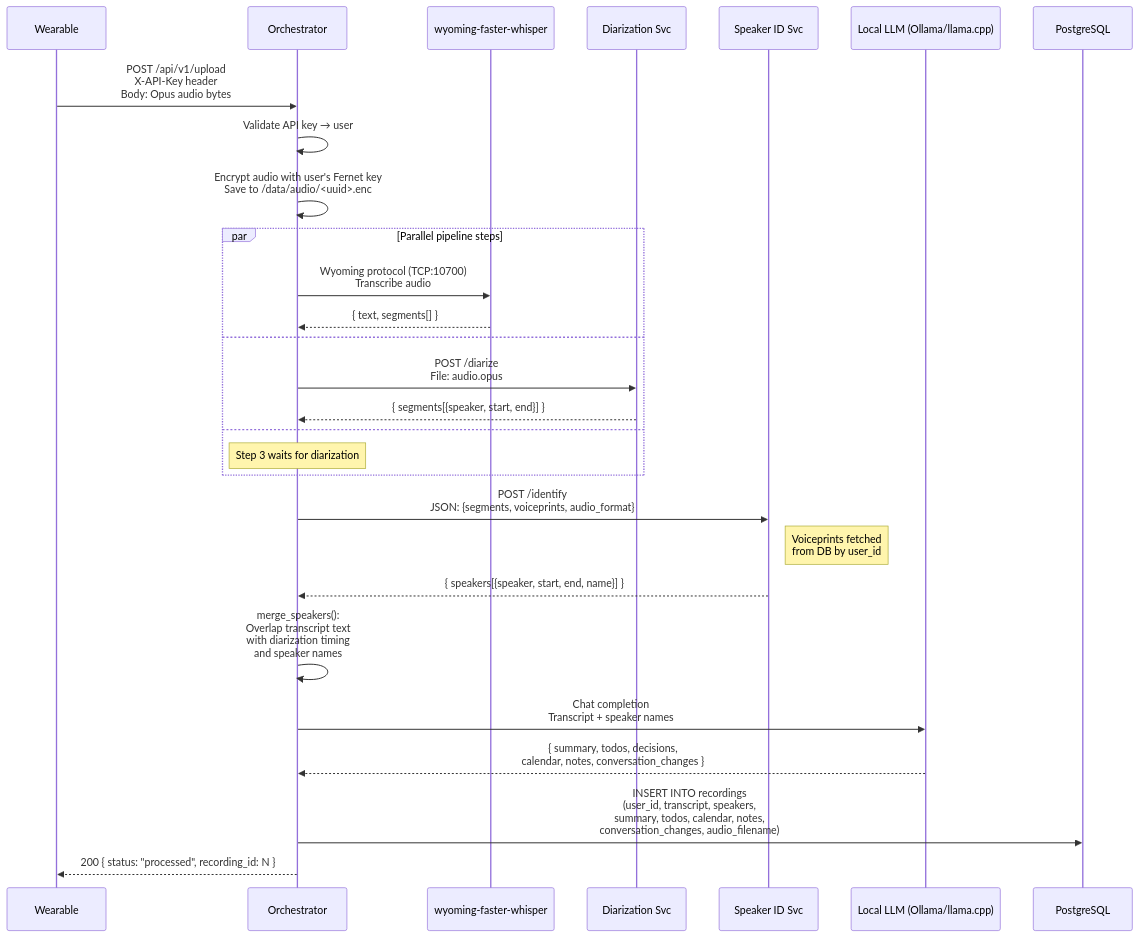
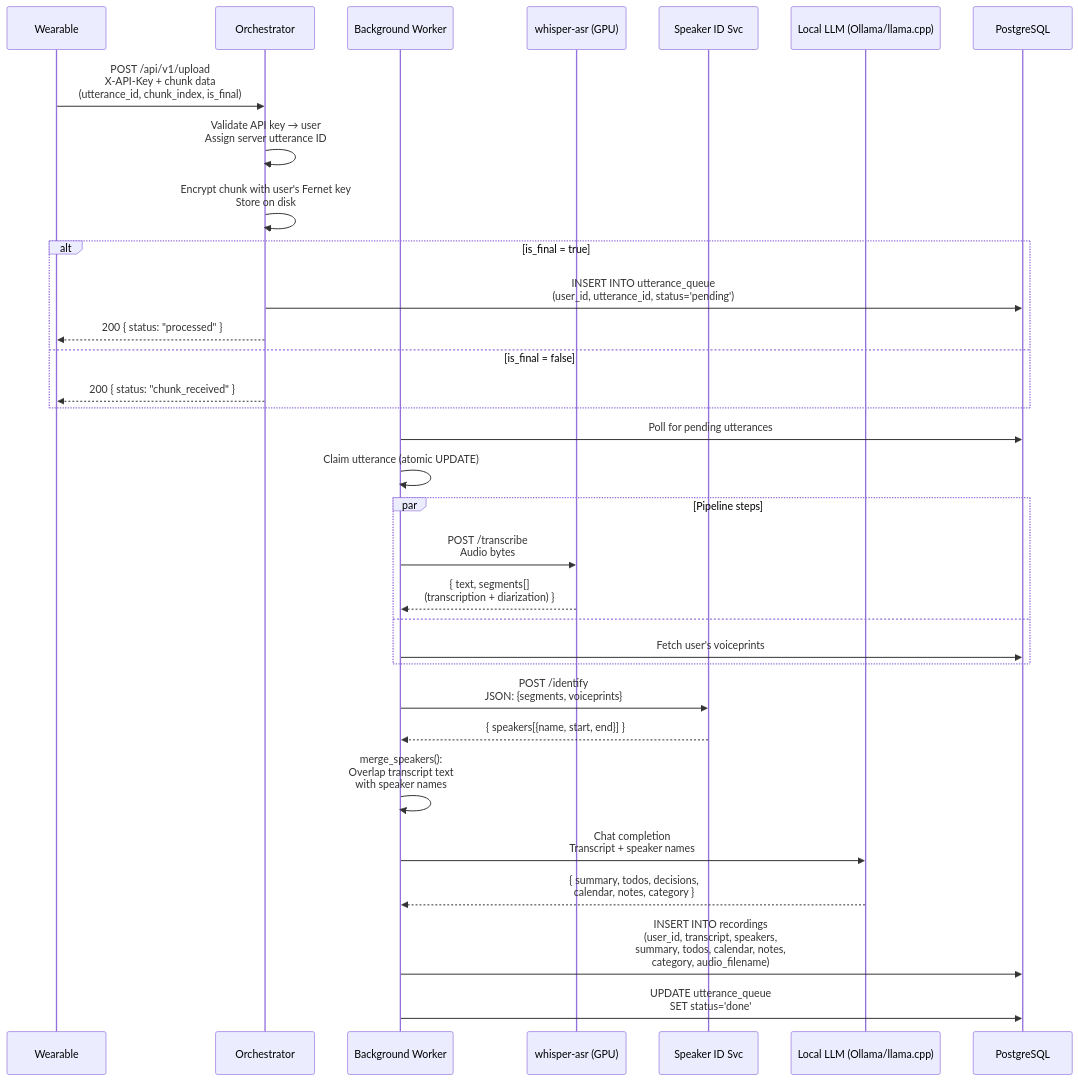
One commit to dlgreenwald/lifelog changed the second of 9 diagrams in ARCHITECTURE.md. Above: the diagram before and after it, drawn with Mermaid. The commit also changed other lines of this file and 4 other files, not shown here.

First line of the commit message:
docs: update all documentation for current architecture

````diff
--- a/ARCHITECTURE.md
+++ b/ARCHITECTURE.md
@@ -107,37 +107,43 @@
 ```mermaid
 sequenceDiagram
     participant Device as Wearable
     participant Server as Orchestrator
-    participant Whisper as wyoming-faster-whisper
-    participant Diar as Diarization Svc
+    participant Worker as Background Worker
+    participant Whisper as whisper-asr (GPU)
     participant SID as Speaker ID Svc
     participant LLM as Local LLM (Ollama/llama.cpp)
     participant DB as PostgreSQL
 
-    Device->>Server: POST /api/v1/upload<br/>X-API-Key header<br/>Body: Opus audio bytes
-    Server->>Server: Validate API key → user
-    Server->>Server: Encrypt audio with user's Fernet key<br/>Save to /data/audio/<uuid>.enc
+    Device->>Server: POST /api/v1/upload<br/>X-API-Key + chunk data<br/>(utterance_id, chunk_index, is_final)
+    Server->>Server: Validate API key → user<br/>Assign server utterance ID
+    Server->>Server: Encrypt chunk with user's Fernet key<br/>Store on disk
 
-    par Parallel pipeline steps
-        Server->>Whisper: Wyoming protocol (TCP:10700)<br/>Transcribe audio
-        Whisper-->>Server: { text, segments[] }
-    and
-        Server->>Diar: POST /diarize<br/>File: audio.opus
-        Diar-->>Server: { segments[{speaker, start, end}] }
-    and
-        Note over Server: Step 3 waits for diarization
+    alt is_final = true
+        Server->>DB: INSERT INTO utterance_queue<br/>(user_id, utterance_id, status='pending')
+        Server-->>Device: 200 { status: "processed" }
+    else is_final = false
+        Server-->>Device: 200 { status: "chunk_received" }
     end
 
-    Server->>SID: POST /identify<br/>JSON: {segments, voiceprints, audio_format}
-    Note right of SID: Voiceprints fetched<br/>from DB by user_id
-    SID-->>Server: { speakers[{speaker, start, end, name}] }
+    Worker->>DB: Poll for pending utterances
+    Worker->>Worker: Claim utterance (atomic UPDATE)
 
-    Server->>Server: merge_speakers():<br/>Overlap transcript text<br/>with diarization timing<br/>and speaker names
+    par Pipeline steps
+        Worker->>Whisper: POST /transcribe<br/>Audio bytes
+        Whisper-->>Worker: { text, segments[]<br/>(transcription + diarization) }
+    and
+        Worker->>DB: Fetch user's voiceprints
+    end
 
-    Server->>LLM: Chat completion<br/>Transcript + speaker names
-    LLM-->>Server: { summary, todos, decisions,<br/>calendar, notes, conversation_changes }
+    Worker->>SID: POST /identify<br/>JSON: {segments, voiceprints}
+    SID-->>Worker: { speakers[{name, start, end}] }
 
-    Server->>DB: INSERT INTO recordings<br/>(user_id, transcript, speakers,<br/>summary, todos, calendar, notes,<br/>conversation_changes, audio_filename)
+    Worker->>Worker: merge_speakers():<br/>Overlap transcript text<br/>with speaker names
 
-    Server-->>Device: 200 { status: "processed", recording_id: N }
+    Worker->>LLM: Chat completion<br/>Transcript + speaker names
+    LLM-->>Worker: { summary, todos, decisions,<br/>calendar, notes, category }
+
+    Worker->>DB: INSERT INTO recordings<br/>(user_id, transcript, speakers,<br/>summary, todos, calendar, notes,<br/>category, audio_filename)
+
+    Worker->>DB: UPDATE utterance_queue<br/>SET status='done'
 ```
````
